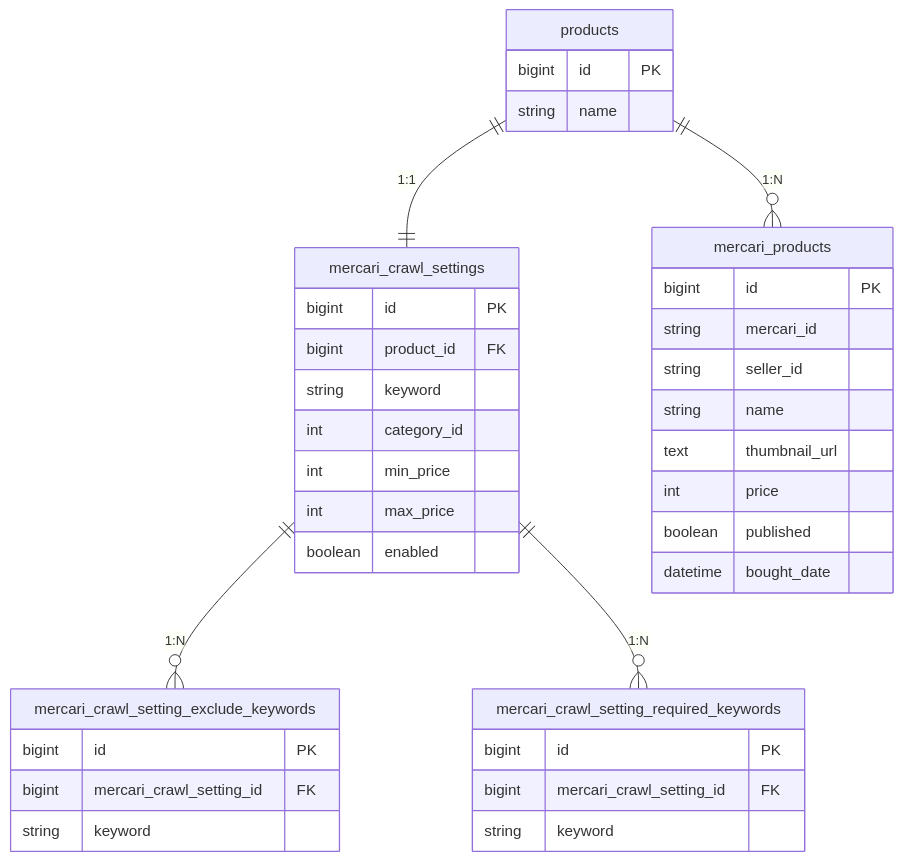
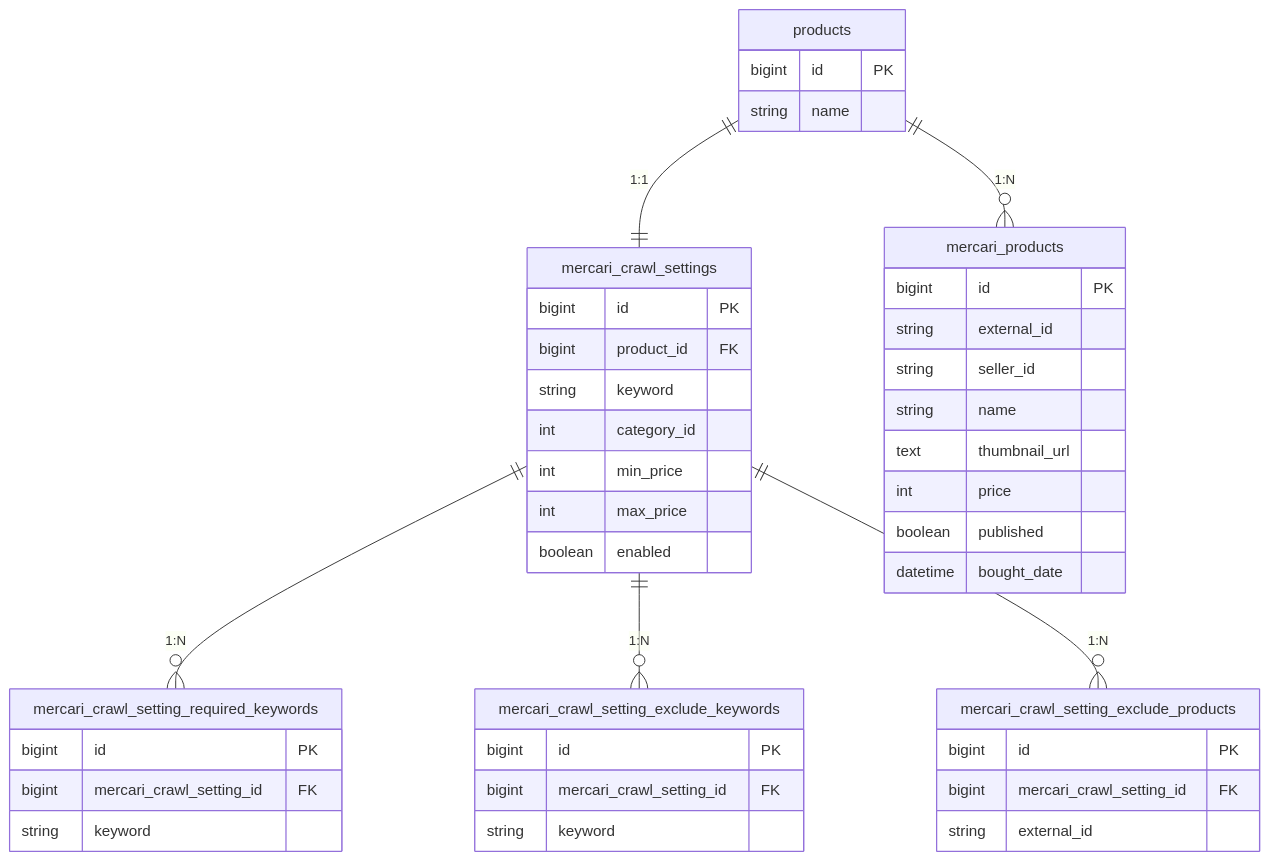
Before and after one commit to kuroweb/price-monitoring: the fourth of 9 diagrams in README.md, drawn with Mermaid. The commit also changed other lines of this file, not shown here.

````diff
--- a/README.md
+++ b/README.md
@@ -172,41 +184,47 @@
 ```mermaid
 erDiagram
   products {
     bigint id PK
     string name
   }
   mercari_crawl_settings {
     bigint id PK
     bigint product_id FK
     string keyword
     int category_id
     int min_price
     int max_price
     boolean enabled
   }
+  mercari_crawl_setting_required_keywords {
+    bigint id PK
+    bigint mercari_crawl_setting_id FK
+    string keyword
+  }
   mercari_crawl_setting_exclude_keywords {
     bigint id PK
     bigint mercari_crawl_setting_id FK
     string keyword
   }
-  mercari_crawl_setting_required_keywords {
+  mercari_crawl_setting_exclude_products {
     bigint id PK
     bigint mercari_crawl_setting_id FK
-    string keyword
+    string external_id
   }
   mercari_products {
     bigint id PK
-    string mercari_id
+    string external_id
     string seller_id
     string name
     text thumbnail_url
     int price
     boolean published
     datetime bought_date
   }
 
   products ||--|| mercari_crawl_settings : "1:1"
+  mercari_crawl_settings ||--o{ mercari_crawl_setting_required_keywords : "1:N"
   mercari_crawl_settings ||--o{ mercari_crawl_setting_exclude_keywords : "1:N"
-  mercari_crawl_settings ||--o{ mercari_crawl_setting_required_keywords : "1:N"
+  mercari_crawl_settings ||--o{ mercari_crawl_setting_exclude_products : "1:N"
   products ||--o{ mercari_products : "1:N"
 ```
````
